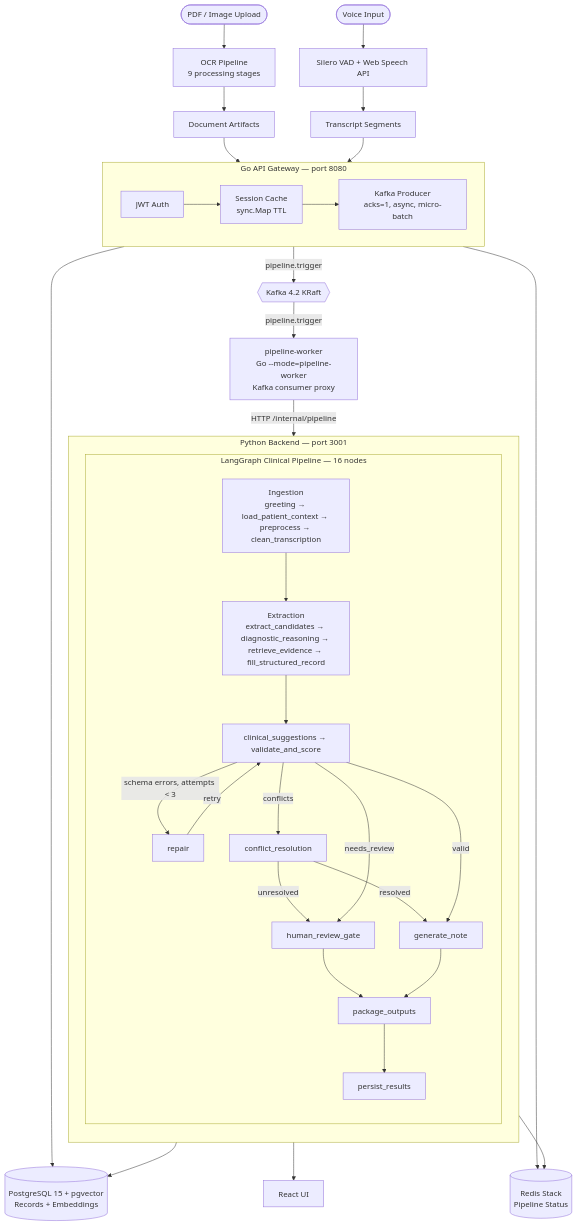
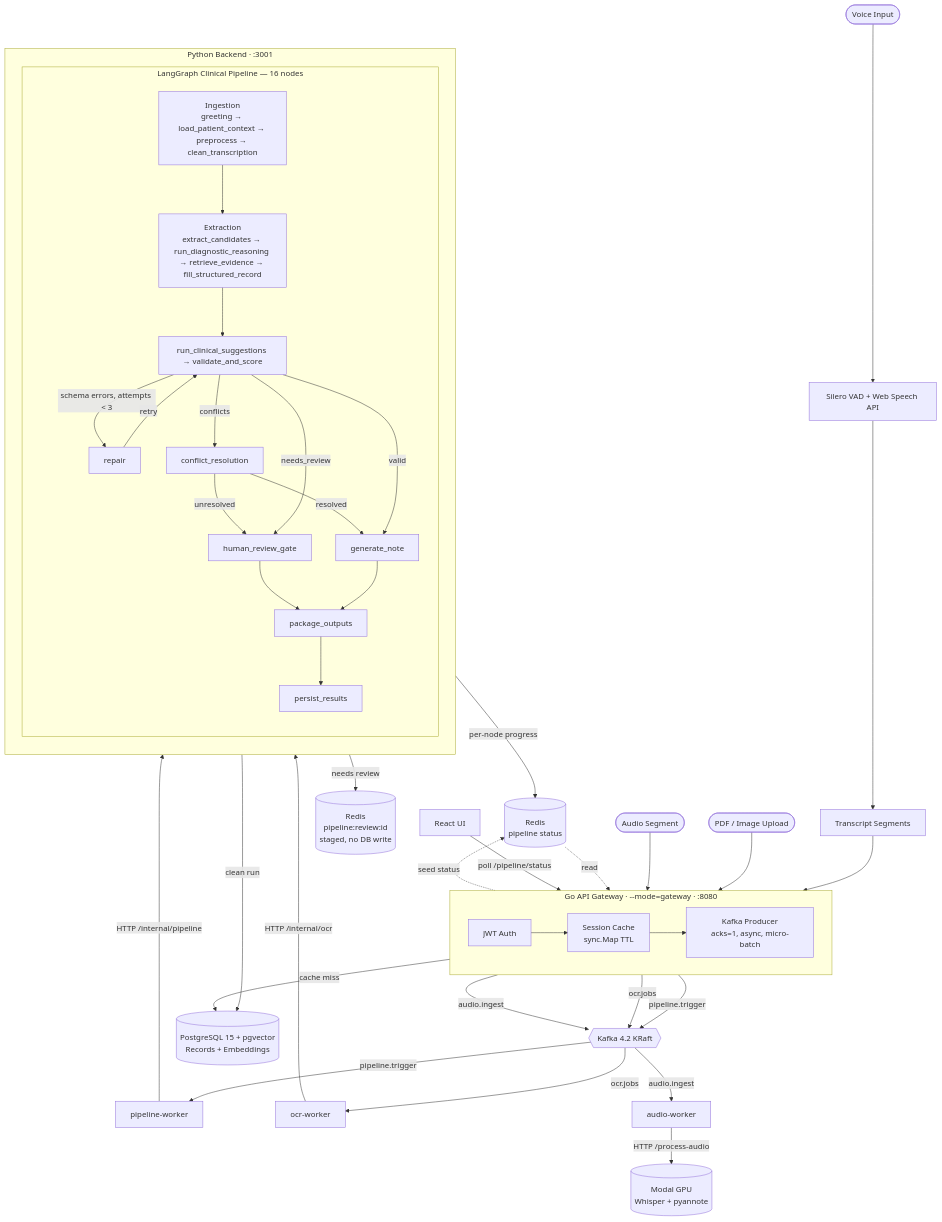
One commit to GuchaIll/MedScribe changed the diagram in README.md. Above: the diagram before and after it, drawn with Mermaid. The commit also changed other lines of this file, not shown here.

Commit message:
feat: update system architecture diagram and enhance documentation for review process

````diff
--- a/README.md
+++ b/README.md
@@ -39,46 +39,61 @@
 ```mermaid
 flowchart TD
+    %% ── Clients / inputs ──
     A([Voice Input]) --> B[Silero VAD + Web Speech API]
     B --> C[Transcript Segments]
-    D([PDF / Image Upload]) --> E[OCR Pipeline\n9 processing stages]
-    E --> F[Document Artifacts]
+    C --> GW
+    D([PDF / Image Upload]) --> GW
+    AU([Audio Segment]) --> GW
 
-    C --> GW
-    F --> GW
-
-    subgraph GW [Go API Gateway — port 8080]
+    %% ── Go gateway: one binary, --mode=gateway ──
+    subgraph GW [Go API Gateway · --mode=gateway · :8080]
         direction LR
         GW1[JWT Auth] --> GW2[Session Cache\nsync.Map TTL]
         GW2 --> GW3[Kafka Producer\nacks=1, async, micro-batch]
     end
 
+    %% ── Kafka topics (one per lane) ──
     GW3 -->|pipeline.trigger| K{{Kafka 4.2 KRaft}}
-    K -->|pipeline.trigger| W[pipeline-worker\nGo --mode=pipeline-worker\nKafka consumer proxy]
-    W -->|HTTP /internal/pipeline| PY
+    GW3 -->|ocr.jobs| K
+    GW3 -->|audio.ingest| K
 
-    subgraph PY [Python Backend — port 3001]
+    %% ── Consumer-proxy workers: same image, different --mode ──
+    K -->|pipeline.trigger| W1[pipeline-worker]
+    K -->|ocr.jobs| W2[ocr-worker]
+    K -->|audio.ingest| W3[audio-worker]
+    W1 -->|HTTP /internal/pipeline| PY
+    W2 -->|HTTP /internal/ocr| PY
+    W3 -->|HTTP /process-audio| MODAL[(Modal GPU\nWhisper + pyannote)]
+
+    %% ── Python backend ──
+    subgraph PY [Python Backend · :3001]
         direction TB
         subgraph LG [LangGraph Clinical Pipeline — 16 nodes]
             direction TB
             G1[Ingestion\ngreeting → load_patient_context → preprocess → clean_transcription] -->
-            G2[Extraction\nextract_candidates → diagnostic_reasoning → retrieve_evidence → fill_structured_record] -->
-            G3[clinical_suggestions → validate_and_score]
+            G2[Extraction\nextract_candidates → run_diagnostic_reasoning → retrieve_evidence → fill_structured_record] -->
+            G3[run_clinical_suggestions → validate_and_score]
             G3 -->|schema errors, attempts < 3| G3R[repair]
             G3R -->|retry| G3
             G3 -->|conflicts| G3C[conflict_resolution]
             G3C -->|unresolved| G3V[human_review_gate]
             G3C -->|resolved| G4
             G3 -->|needs_review| G3V
             G3 -->|valid| G4[generate_note]
             G3V --> G4B[package_outputs]
             G4 --> G4B
             G4B --> G5[persist_results]
         end
     end
 
-    GW2 --> PG
-    G5 --> PG[(PostgreSQL 15 + pgvector\nRecords + Embeddings)]
-    GW3 --> RD[(Redis Stack\nPipeline Status)]
-    G5 --> RD
-    G5 --> UI[React UI]
+    %% ── Persistence + the review gate ──
+    GW2 -->|cache miss| PG[(PostgreSQL 15 + pgvector\nRecords + Embeddings)]
+    G5 -->|clean run| PG
+    G5 -->|needs review| RV[(Redis\npipeline:review:id\nstaged, no DB write)]
+
+    %% ── Status: Python streams progress to Redis; client polls the gateway ──
+    PY -->|per-node progress| RD[(Redis\npipeline status)]
+    GW3 -.->|seed status| RD
+    RD -.->|read| GW
+    UI[React UI] -->|poll /pipeline/status| GW
 ```
````
